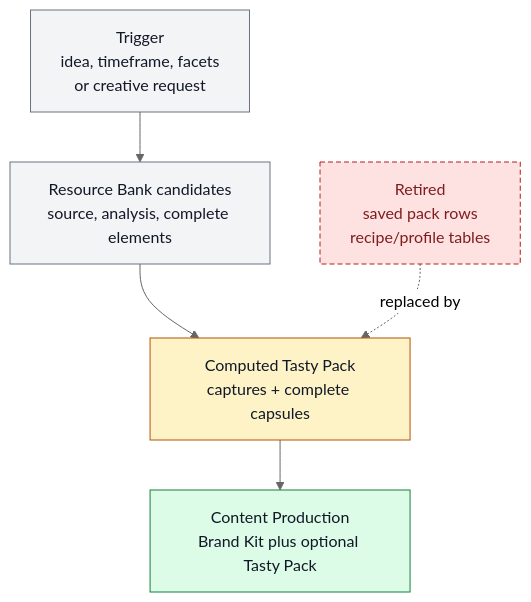
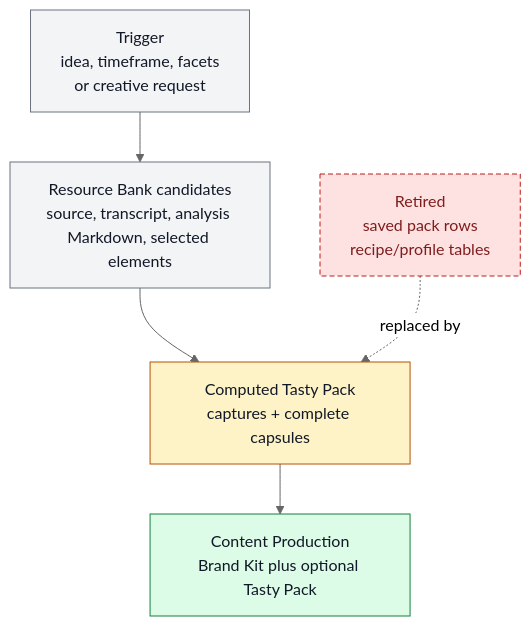
Before and after one commit to ZanarkandTechnologies/Farplane: the diagram in docs/features/FEAT-0056-inspiration-vault.md, drawn with Mermaid (neutral theme). The commit also changed other lines of this file and 6 other files, not shown here.

````diff
--- a/docs/features/FEAT-0056-inspiration-vault.md
+++ b/docs/features/FEAT-0056-inspiration-vault.md
@@ -99,16 +113,16 @@
 ```mermaid
 flowchart TD
   classDef keep fill:#f3f4f6,stroke:#6b7280,color:#111827
   classDef changed fill:#fef3c7,stroke:#b45309,color:#111827
   classDef added fill:#dcfce7,stroke:#15803d,color:#111827
   classDef retired fill:#fee2e2,stroke:#b91c1c,color:#7f1d1d,stroke-dasharray: 5 3
 
   request["Trigger<br/>idea, timeframe, facets<br/>or creative request"]:::keep
-  bank["Resource Bank candidates<br/>source, analysis, complete elements"]:::keep
+  bank["Resource Bank candidates<br/>source, transcript, analysis Markdown, selected elements"]:::keep
   pack["Computed Tasty Pack<br/>captures + complete capsules"]:::changed
   compose["Content Production<br/>Brand Kit plus optional Tasty Pack"]:::added
   old["Retired<br/>saved pack rows<br/>recipe/profile tables"]:::retired
 
   request --> bank --> pack --> compose
   old -. replaced by .-> pack
 ```
````
